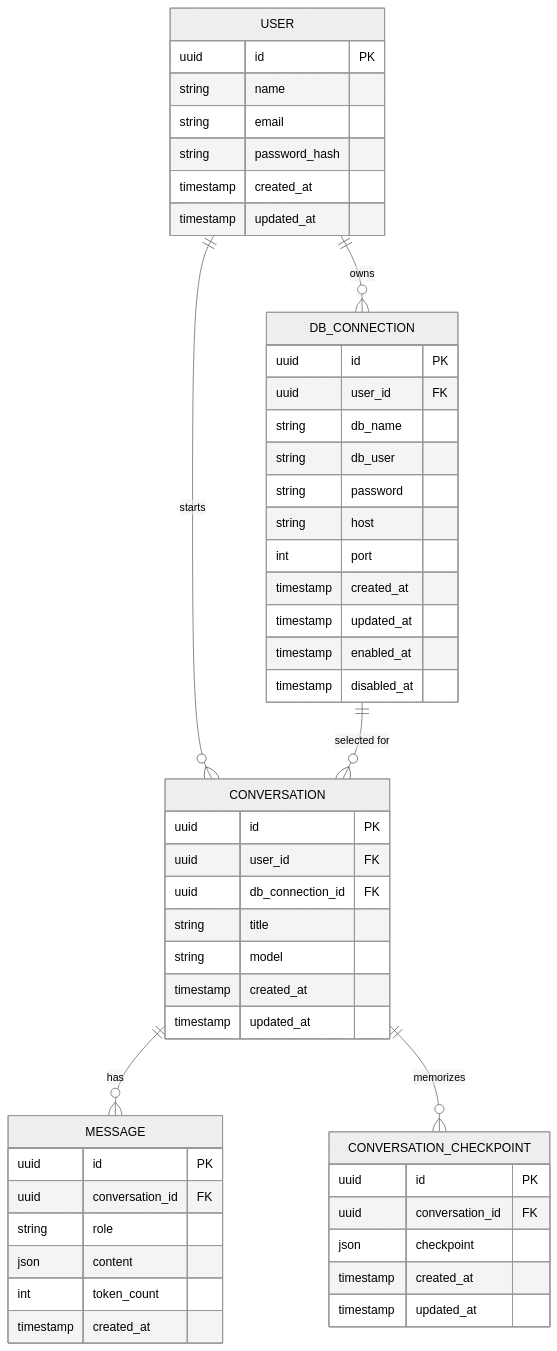
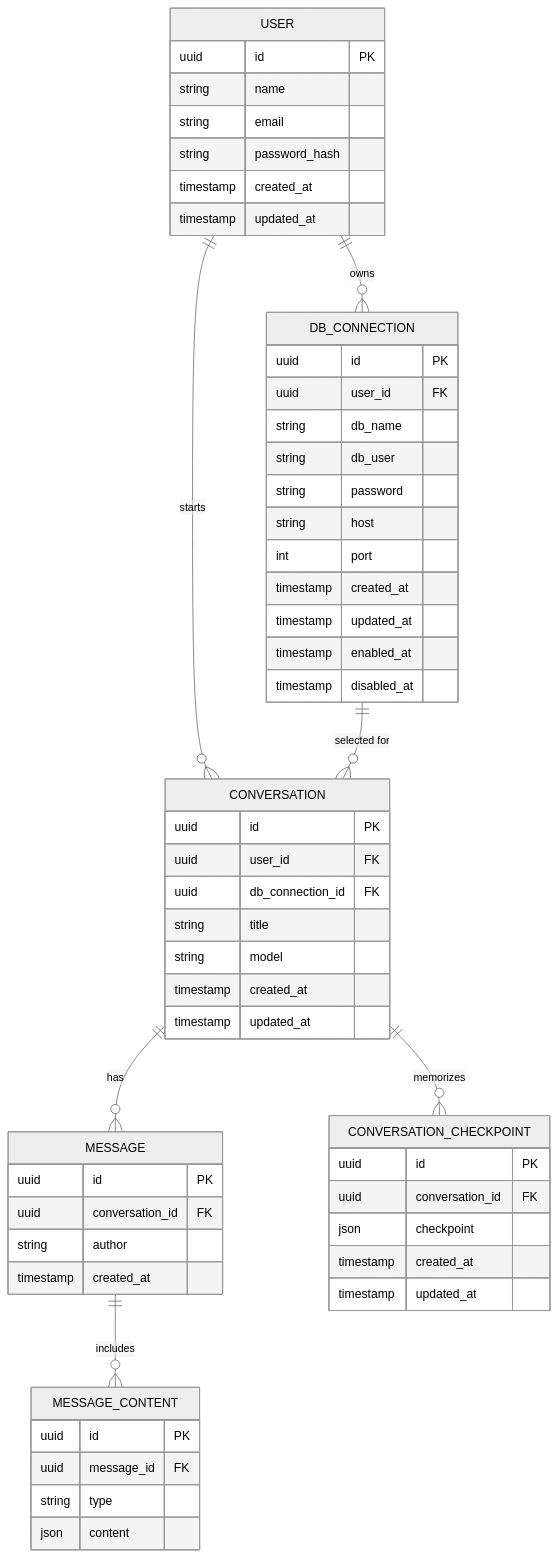
One commit to benjyongzh/llm-data-analyst changed the fourth of 4 diagrams in README.md. Above: the diagram before and after it, drawn with Mermaid (neutral theme). The commit also changed other lines of this file and 6 other files, not shown here.

Commit message:
Document new response envelope and schema

````diff
--- a/README.md
+++ b/README.md
@@ -215,64 +222,69 @@
 ```mermaid
 erDiagram
     USER ||--o{ DB_CONNECTION : owns
     USER ||--o{ CONVERSATION : starts
     DB_CONNECTION ||--o{ CONVERSATION : "selected for"
     CONVERSATION ||--o{ MESSAGE : has
+    MESSAGE ||--o{ MESSAGE_CONTENT : includes
     %% CONVERSATION ||--o{ CONVO_SUMMARY : summarizes
     CONVERSATION ||--o{ CONVERSATION_CHECKPOINT : memorizes
 
     USER {
         uuid id PK
         string name
         string email
         string password_hash
         timestamp created_at
         timestamp updated_at
     }
     DB_CONNECTION {
         uuid id PK
         uuid user_id FK
         string db_name
         string db_user
         string password
         string host
         int port
         timestamp created_at
         timestamp updated_at
         timestamp enabled_at
         timestamp disabled_at
     }
     CONVERSATION {
         uuid id PK
         uuid user_id FK
         uuid db_connection_id FK
         string title
         string model
         timestamp created_at
         timestamp updated_at
     }
     MESSAGE {
         uuid id PK
         uuid conversation_id FK
-        string role
+        string author
+        timestamp created_at
+    }
+    MESSAGE_CONTENT {
+        uuid id PK
+        uuid message_id FK
+        string type
         json content
-        int token_count
-        timestamp created_at
     }
     %% CONVO_SUMMARY {
     %%     uuid id PK
     %%     uuid conversation_id FK
     %%     text summary
     %%     uuid last_message_id FK
     %%     int token_count
     %%     timestamp created_at
     %%     timestamp updated_at
     %% }
     CONVERSATION_CHECKPOINT {
         uuid id PK
         uuid conversation_id FK
         json checkpoint
         timestamp created_at
         timestamp updated_at
     }
 ```
````
